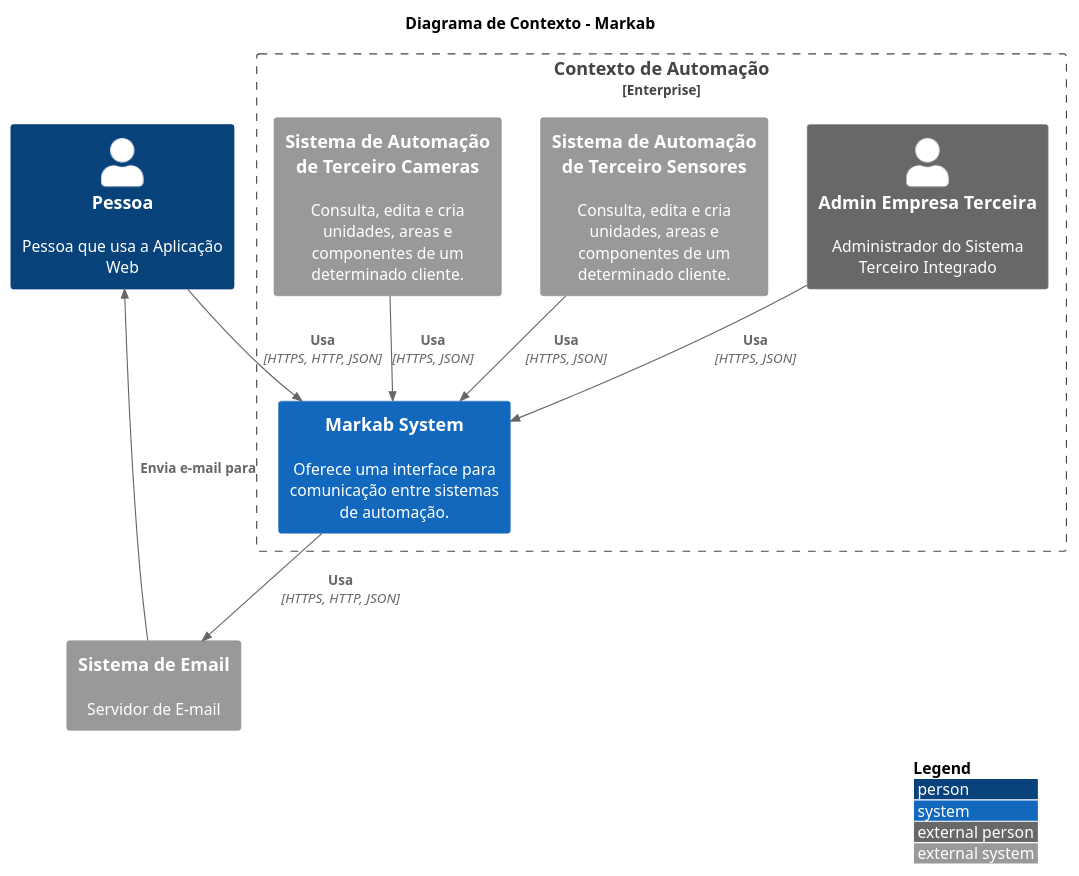
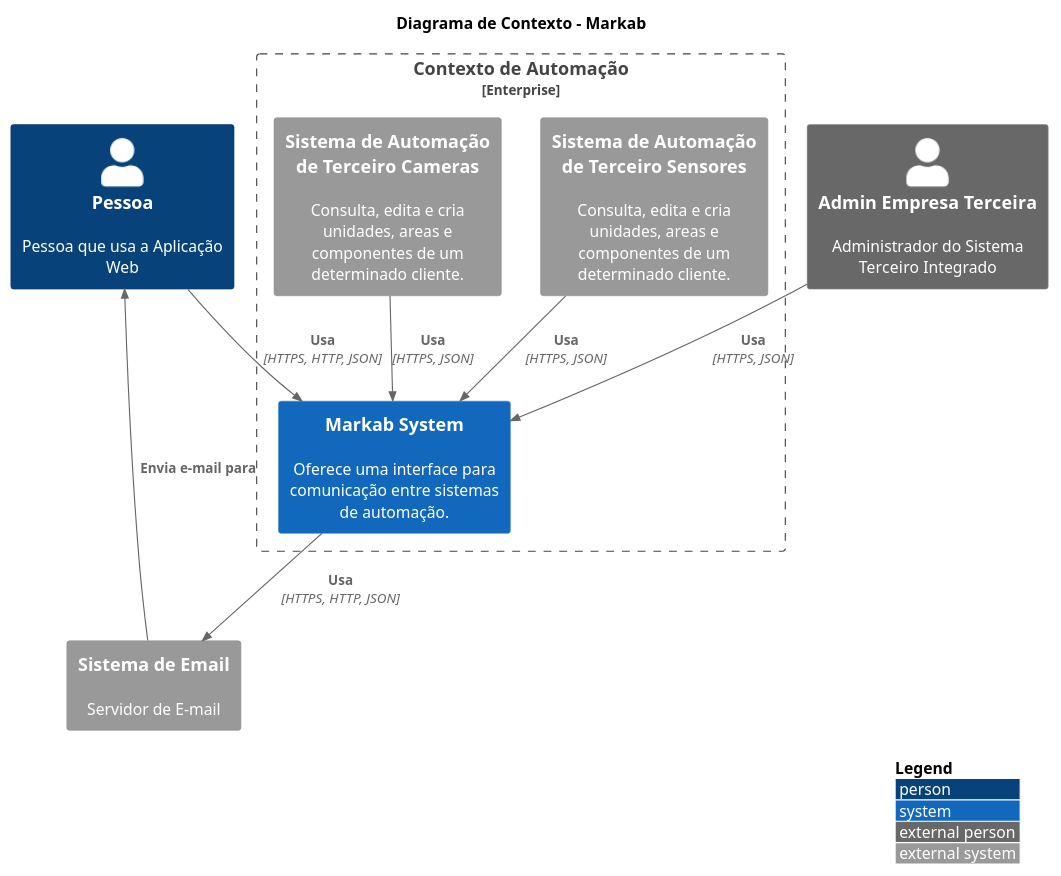
Before and after one commit to gutluana/Markab: the diagram in Projeto/C4Model/diagrama-contexto.puml, drawn with PlantUML. The commit also changed 3 other files, not shown here.

```diff
--- a/Projeto/C4Model/diagrama-contexto.puml
+++ b/Projeto/C4Model/diagrama-contexto.puml
@@ -1,26 +1,26 @@
 @startuml
 !include https://raw.githubusercontent.com/plantuml-stdlib/C4-PlantUML/master/C4_Context.puml
 
 LAYOUT_WITH_LEGEND()
 
 title Diagrama de Contexto - Markab
 
 Person(cliente, "Pessoa", "Pessoa que usa a Aplicação Web")
+Person_Ext(admin_terceiro, "Admin Empresa Terceira", "Administrador do Sistema Terceiro Integrado")
 System_Ext(email_system,"Sistema de Email", "Servidor de E-mail")
 
 Enterprise_Boundary(markab, "Contexto de Automação") {
     System(markabSystem, "Markab System", "Oferece uma interface para comunicação entre sistemas de automação.")
-    Person_Ext(admin_terceiro, "Admin Empresa Terceira", "Administrador do Sistema Terceiro Integrado")
     System_Ext(thirdSystemSensores, "Sistema de Automação de Terceiro Sensores", "Consulta, edita e cria unidades, areas e componentes de um determinado cliente.")
     System_Ext(thirdSystemCam, "Sistema de Automação de Terceiro Cameras", "Consulta, edita e cria unidades, areas e componentes de um determinado cliente.")
 }
 
 Rel(cliente, markabSystem, "Usa", "HTTPS, HTTP, JSON")
 Rel(admin_terceiro, markabSystem, "Usa", "HTTPS, JSON")
 Rel(thirdSystemSensores, markabSystem, "Usa", "HTTPS, JSON")
 Rel(thirdSystemCam, markabSystem, "Usa", "HTTPS, JSON")
 
 Rel(markabSystem, email_system, "Usa", "HTTPS, HTTP, JSON")
 
 Rel_Back(cliente, email_system, "Envia e-mail para")
 @enduml
```
